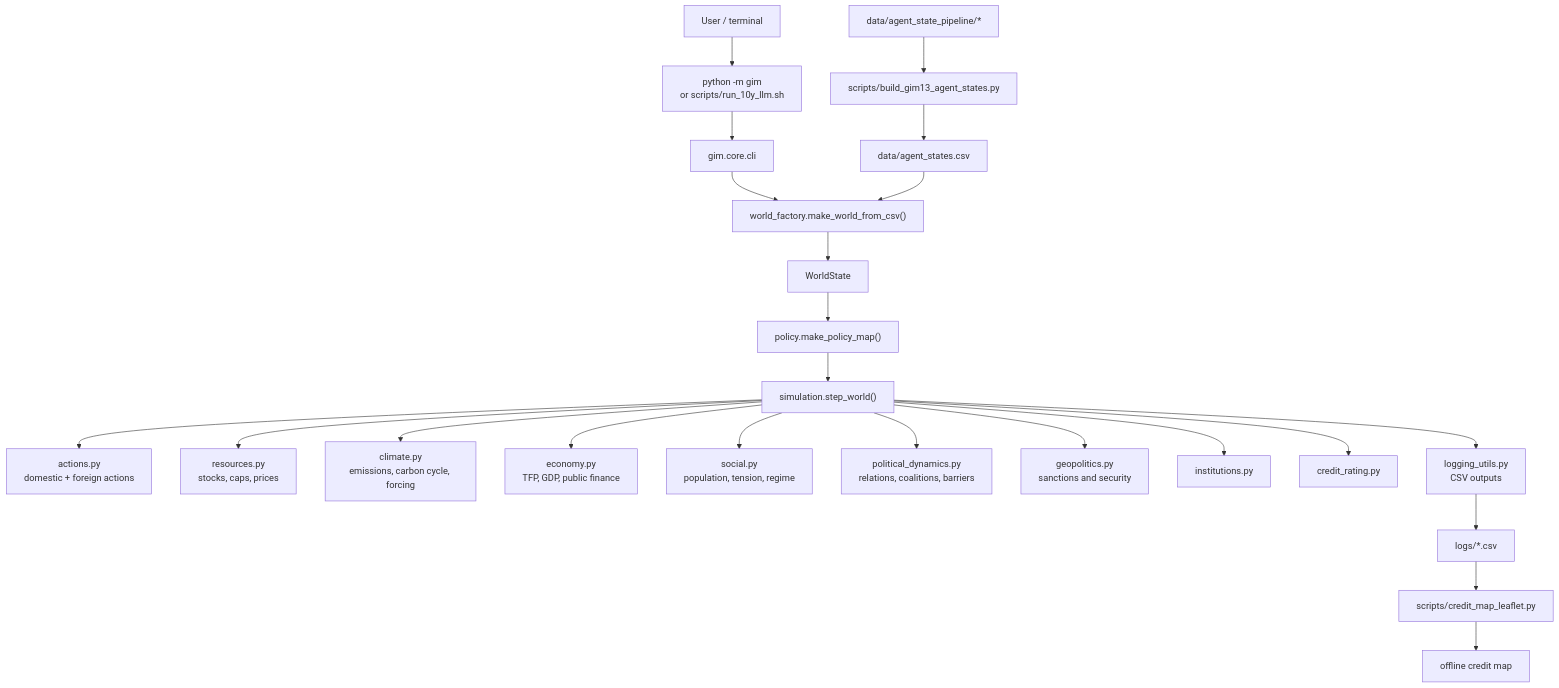
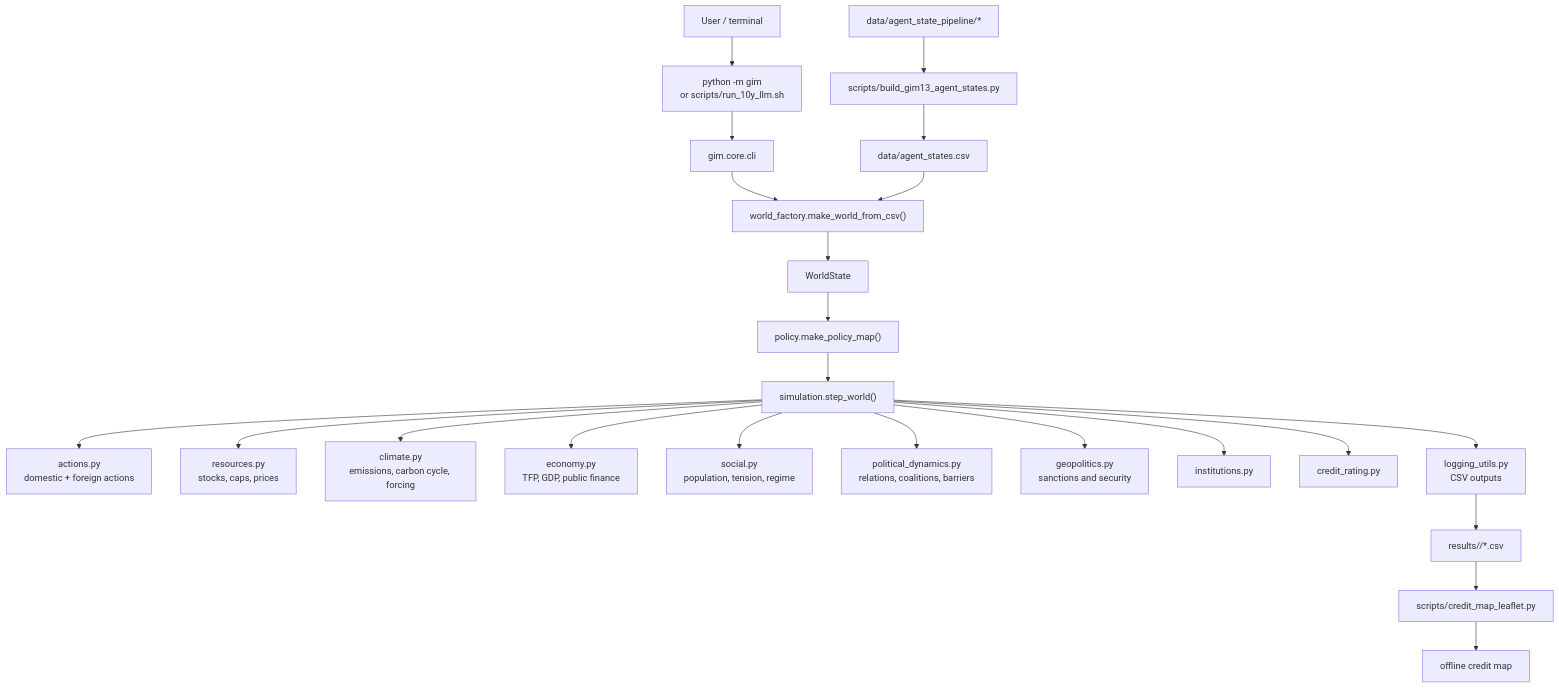
One commit to Theclimateguy/GIM changed the first of 2 diagrams in README.md. Above: the diagram before and after it, drawn with Mermaid. The commit also changed other lines of this file and 8 other files, not shown here.

Commit message:
feat(results): route run artifacts into timestamped results folders

````diff
--- a/README.md
+++ b/README.md
@@ -67,29 +67,29 @@
 ```mermaid
 flowchart TD
     A["User / terminal"] --> B["python -m gim<br/>or scripts/run_10y_llm.sh"]
     B --> C["gim.core.cli"]
     C --> D["world_factory.make_world_from_csv()"]
     D --> E["WorldState"]
 
     F["data/agent_states.csv"] --> D
     G["data/agent_state_pipeline/*"] --> H["scripts/build_gim13_agent_states.py"]
     H --> F
 
     E --> I["policy.make_policy_map()"]
     I --> J["simulation.step_world()"]
 
     J --> K["actions.py<br/>domestic + foreign actions"]
     J --> L["resources.py<br/>stocks, caps, prices"]
     J --> M["climate.py<br/>emissions, carbon cycle, forcing"]
     J --> N["economy.py<br/>TFP, GDP, public finance"]
     J --> O["social.py<br/>population, tension, regime"]
     J --> P["political_dynamics.py<br/>relations, coalitions, barriers"]
     J --> Q["geopolitics.py<br/>sanctions and security"]
     J --> R["institutions.py"]
     J --> S["credit_rating.py"]
 
     J --> T["logging_utils.py<br/>CSV outputs"]
-    T --> U["logs/*.csv"]
+    T --> U["results/<run-id>/*.csv"]
     U --> V["scripts/credit_map_leaflet.py"]
     V --> W["offline credit map"]
 ```
````
